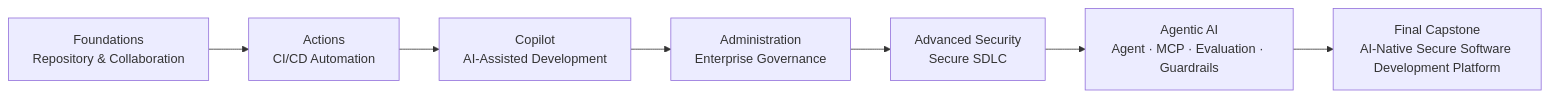
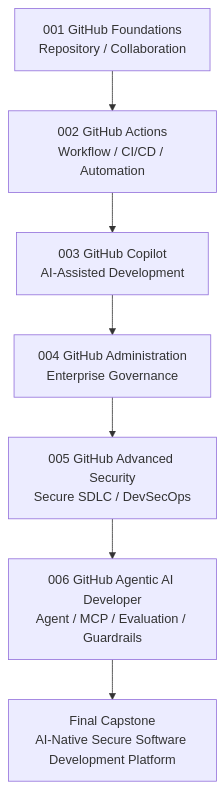
Before and after one commit to MetaStudy999/github-certification-learning-system: the second of 2 diagrams in README.md, drawn with Mermaid. The commit also changed other lines of this file, not shown here.

Commit message:
docs: make portfolio growth path vertical

````diff
--- a/README.md
+++ b/README.md
@@ -281,10 +283,10 @@
 ```mermaid
-flowchart LR
-    A[Foundations<br/>Repository & Collaboration]
-    --> B[Actions<br/>CI/CD Automation]
-    --> C[Copilot<br/>AI-Assisted Development]
-    --> D[Administration<br/>Enterprise Governance]
-    --> E[Advanced Security<br/>Secure SDLC]
-    --> F[Agentic AI<br/>Agent · MCP · Evaluation · Guardrails]
+flowchart TD
+    A[001 GitHub Foundations<br/>Repository / Collaboration]
+    --> B[002 GitHub Actions<br/>Workflow / CI/CD / Automation]
+    --> C[003 GitHub Copilot<br/>AI-Assisted Development]
+    --> D[004 GitHub Administration<br/>Enterprise Governance]
+    --> E[005 GitHub Advanced Security<br/>Secure SDLC / DevSecOps]
+    --> F[006 GitHub Agentic AI Developer<br/>Agent / MCP / Evaluation / Guardrails]
     --> G[Final Capstone<br/>AI-Native Secure Software Development Platform]
 ```
````
